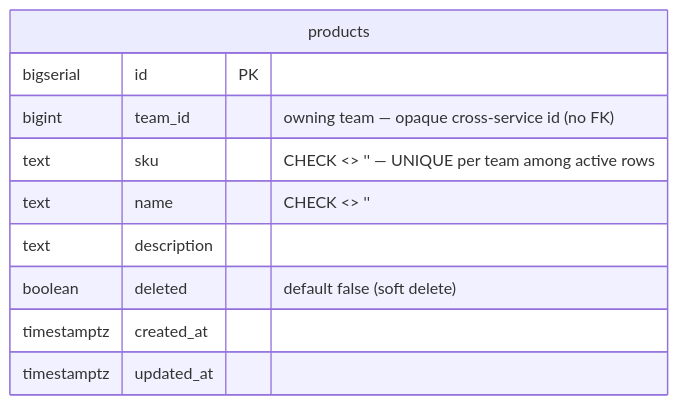
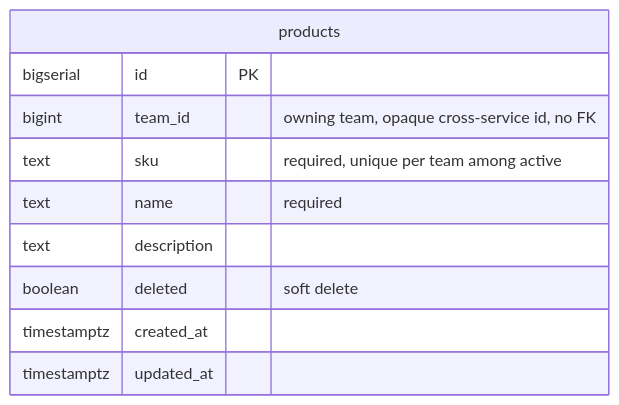
One commit to pdcgo/warehouse_revamp changed the fourth of 7 diagrams in docs/database-schema.md. Above: the diagram before and after it, drawn with Mermaid. The commit also changed other lines of this file, not shown here.

First line of the commit message:
docs: fix mermaid render errors in schema diagrams (#30 rework)

````diff
--- a/docs/database-schema.md
+++ b/docs/database-schema.md
@@ -127,13 +127,13 @@
 ```mermaid
 erDiagram
     products {
         bigserial   id          PK
-        bigint      team_id     "owning team — opaque cross-service id (no FK)"
-        text        sku         "CHECK <> '' — UNIQUE per team among active rows"
-        text        name        "CHECK <> ''"
+        bigint      team_id     "owning team, opaque cross-service id, no FK"
+        text        sku         "required, unique per team among active"
+        text        name        "required"
         text        description
-        boolean     deleted     "default false (soft delete)"
+        boolean     deleted     "soft delete"
         timestamptz created_at
         timestamptz updated_at
     }
 ```
````
